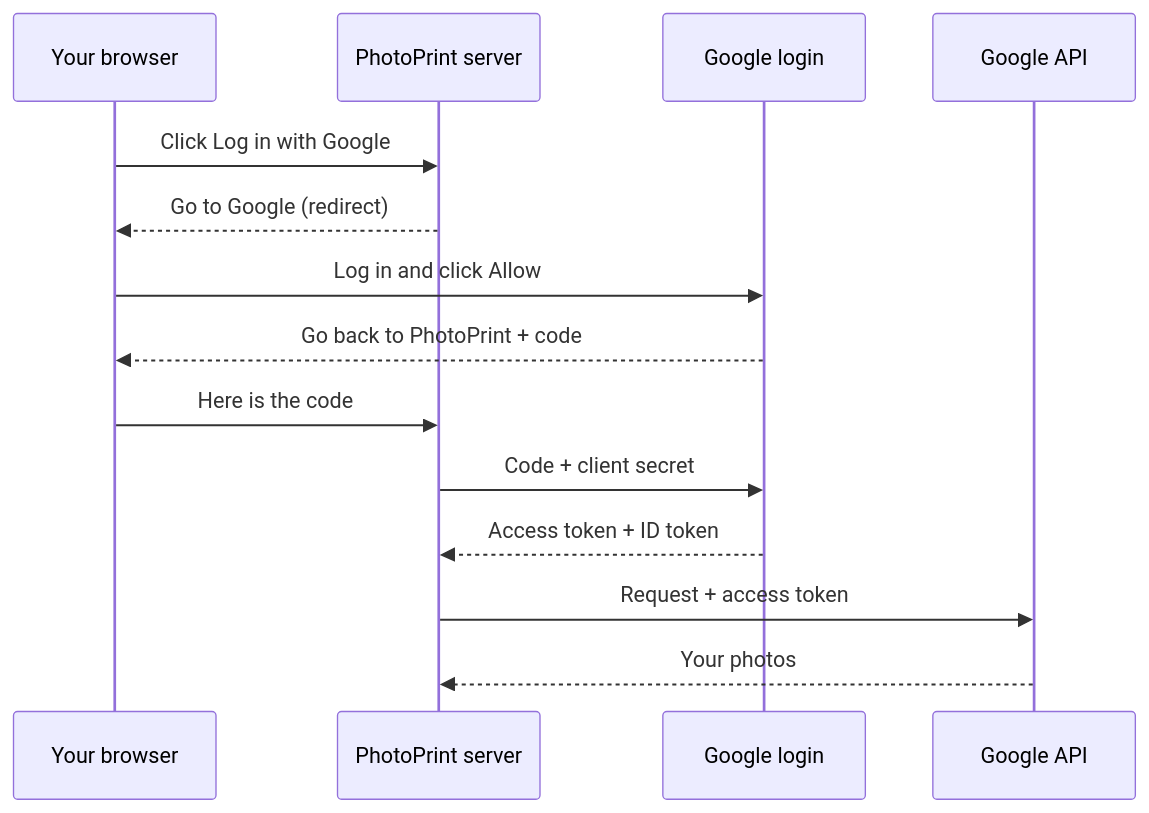
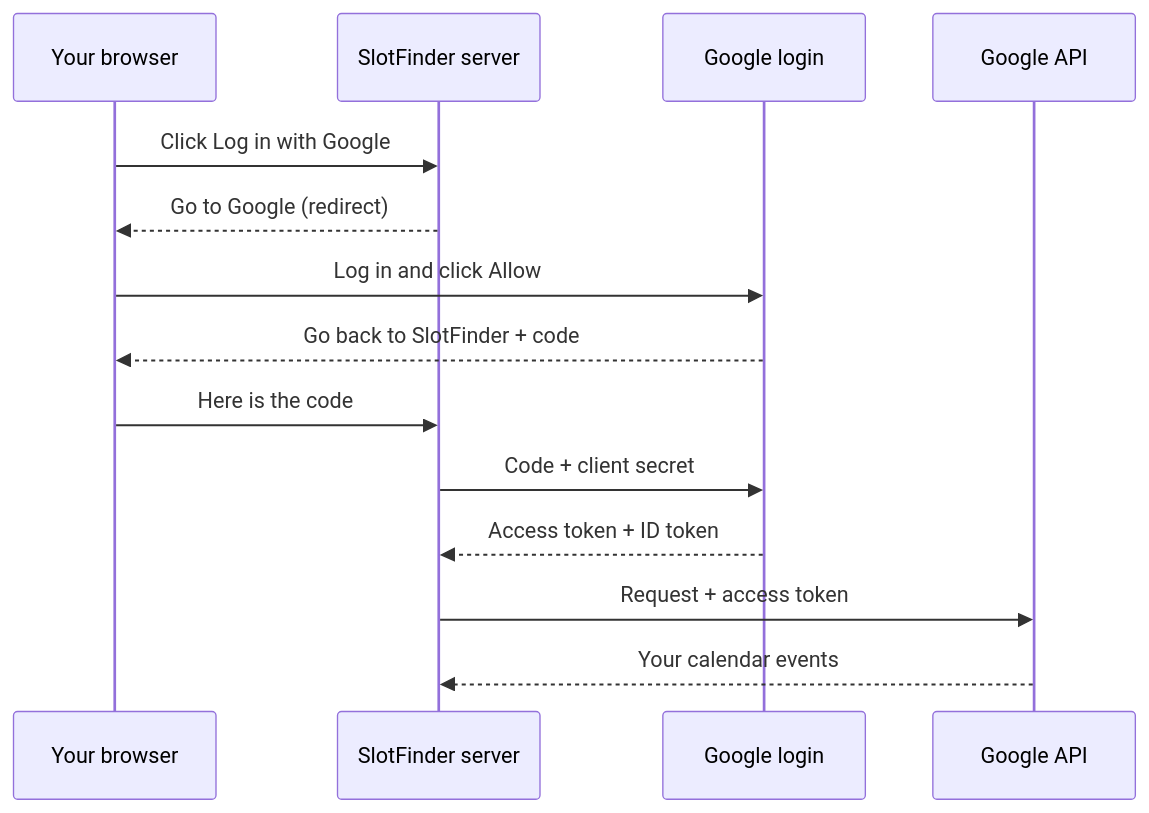
The diagram in content/system-design/reliability-security/oauth-oidc.mdx (iamrs77/interview-ready), drawn with Mermaid before and after one commit. The commit also changed other lines of this file and 132 other files, not shown here.

````diff
--- a/content/system-design/reliability-security/oauth-oidc.mdx
+++ b/content/system-design/reliability-security/oauth-oidc.mdx
@@ -40,16 +40,16 @@
 ```mermaid
 sequenceDiagram
   participant U as Your browser
-  participant A as PhotoPrint server
+  participant A as SlotFinder server
   participant G as Google login
   participant P as Google API
   U->>A: Click Log in with Google
   A-->>U: Go to Google (redirect)
   U->>G: Log in and click Allow
-  G-->>U: Go back to PhotoPrint + code
+  G-->>U: Go back to SlotFinder + code
   U->>A: Here is the code
   A->>G: Code + client secret
   G-->>A: Access token + ID token
   A->>P: Request + access token
-  P-->>A: Your photos
+  P-->>A: Your calendar events
 ```
````
